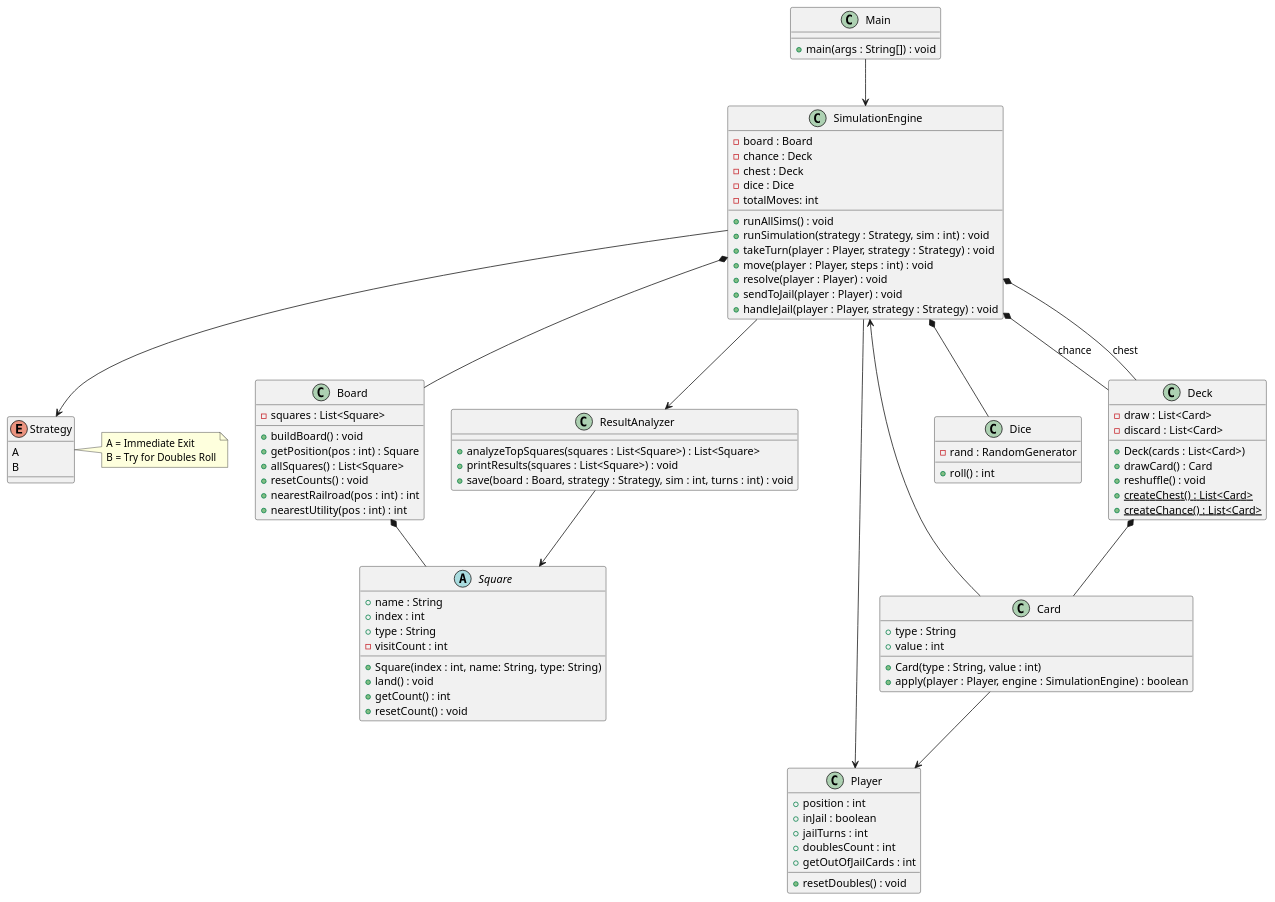
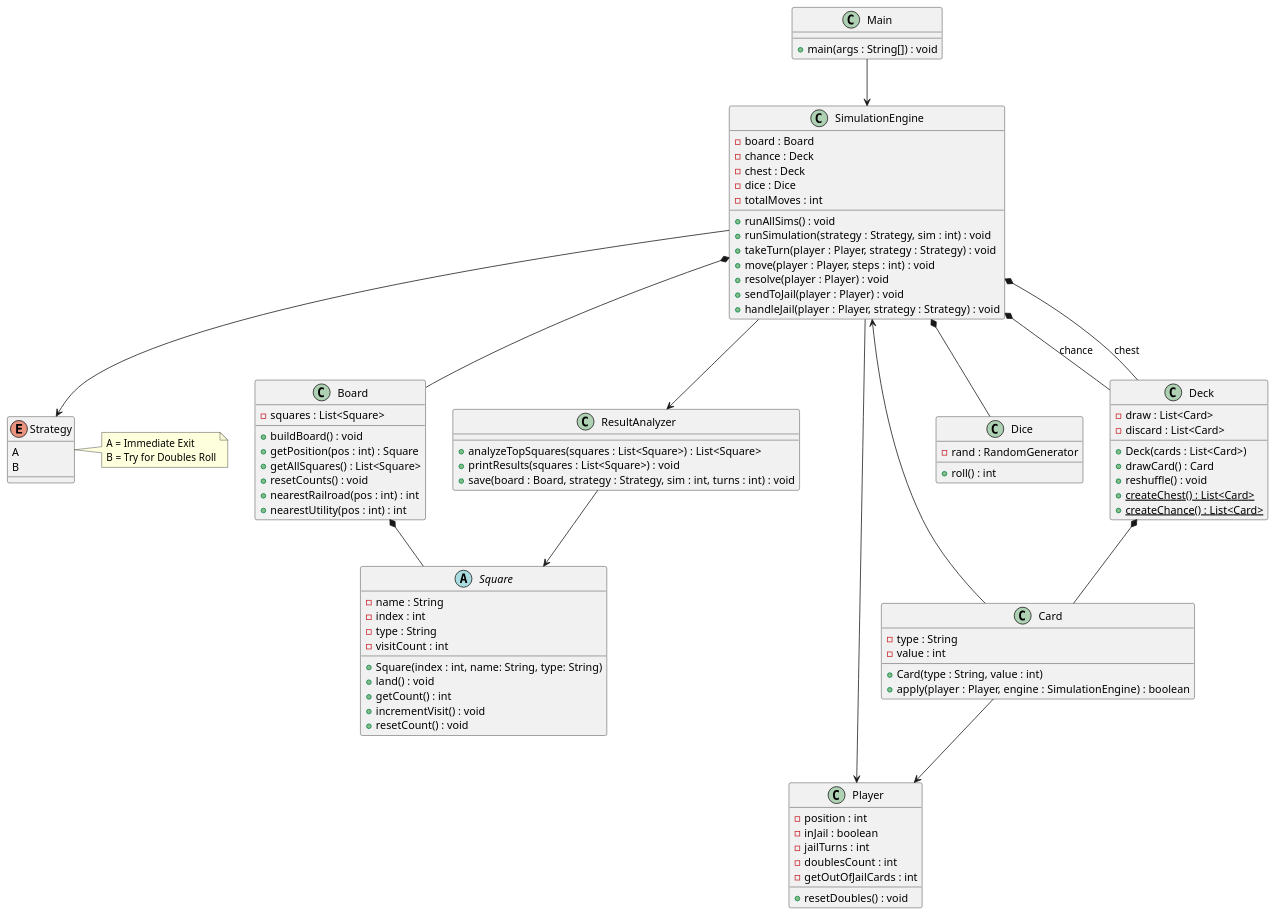
Before and after one commit to keanu-cruz/CS2430_Programming_Project_4: the diagram in docs/MonopolyUML.puml, drawn with PlantUML.

Commit message:
Changed Fields to Private

```diff
--- a/docs/MonopolyUML.puml
+++ b/docs/MonopolyUML.puml
@@ -1,125 +1,126 @@
 @startuml
 
   class Main {
     + main(args : String[]) : void
   }
 
   class SimulationEngine {
     - board : Board
     - chance : Deck
     - chest : Deck
     - dice : Dice
-    - totalMoves: int
+    - totalMoves : int
     + runAllSims() : void
     + runSimulation(strategy : Strategy, sim : int) : void
     + takeTurn(player : Player, strategy : Strategy) : void
     + move(player : Player, steps : int) : void
     + resolve(player : Player) : void
     + sendToJail(player : Player) : void
     + handleJail(player : Player, strategy : Strategy) : void
     
   }
 
   Enum Strategy {
     A 
     B 
   }
   
   note right of Strategy
   A = Immediate Exit
   B = Try for Doubles Roll
   end note
 
   class ResultAnalyzer {
     + analyzeTopSquares(squares : List<Square>) : List<Square>
     + printResults(squares : List<Square>) : void
     + save(board : Board, strategy : Strategy, sim : int, turns : int) : void
   }
 
 
   class Board {
     - squares : List<Square>
     + buildBoard() : void
     + getPosition(pos : int) : Square
-    + allSquares() : List<Square>
+    + getAllSquares() : List<Square>
     + resetCounts() : void
     + nearestRailroad(pos : int) : int
     + nearestUtility(pos : int) : int
   }
 
   abstract class Square {
-    + name : String
-    + index : int
-    + type : String
+    - name : String
+    - index : int
+    - type : String
     - visitCount : int
     + Square(index : int, name: String, type: String)
     + land() : void
     + getCount() : int
+    + incrementVisit() : void
     + resetCount() : void
   }
 
 
   class Card {
-    + type : String
-    + value : int
+    - type : String
+    - value : int
     + Card(type : String, value : int)
     + apply(player : Player, engine : SimulationEngine) : boolean
     
   }
 
   class Deck {
     - draw : List<Card>
     - discard : List<Card>
     + Deck(cards : List<Card>)
     + drawCard() : Card
     + reshuffle() : void
     + createChest() : List<Card> {static}
     + createChance() : List<Card> {static}
   }
 
   class Player {
-    + position : int
-    + inJail : boolean
-    + jailTurns : int
-    + doublesCount : int
-    + getOutOfJailCards : int
+    - position : int
+    - inJail : boolean
+    - jailTurns : int
+    - doublesCount : int
+    - getOutOfJailCards : int
     + resetDoubles() : void
   }
 
 
 
 
   class Dice {
     - rand : RandomGenerator
     + roll() : int
   }
 
 
 ' Entry point
 Main --> SimulationEngine
 
 ' Core engine ownership (composition)
 SimulationEngine *-- Board
 SimulationEngine *-- Deck : chance
 SimulationEngine *-- Deck : chest
 SimulationEngine *-- Dice
 
 ' Engine uses these
 SimulationEngine --> Player
 SimulationEngine --> Strategy
 SimulationEngine --> ResultAnalyzer
 
 ' Board structure
 Board *-- Square
 
 ' Deck structure
 Deck *-- Card
 
 ' Card behavior dependencies
 Card --> Player
 Card --> SimulationEngine
 
 ' Result processing
 ResultAnalyzer --> Square
 
 @enduml
```
